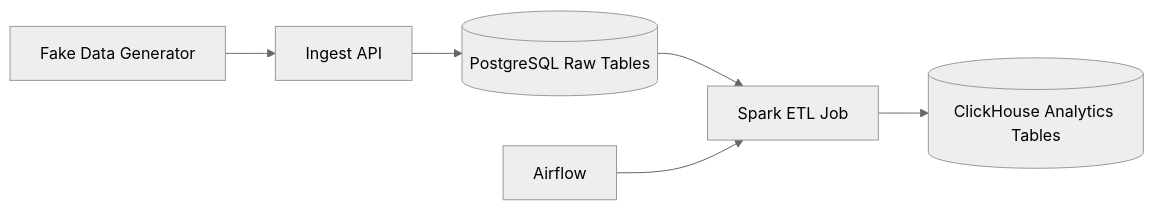
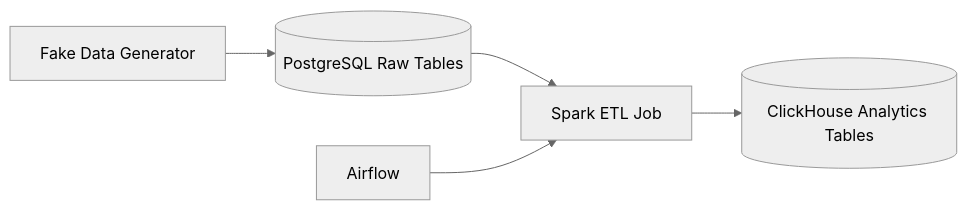
The diagram in README.md (Danavira/batch-etl), drawn with Mermaid (neutral theme) before and after one commit. The commit also changed other lines of this file, not shown here.

````diff
--- a/README.md
+++ b/README.md
@@ -14,8 +14,7 @@
 ```mermaid
 flowchart LR
-    G[Fake Data Generator] --> A[Ingest API]
-    A --> P[(PostgreSQL Raw Tables)]
+    G[Fake Data Generator] --> P[(PostgreSQL Raw Tables)]
     P --> S[Spark ETL Job]
     S --> C[(ClickHouse Analytics Tables)]
     AF[Airflow] --> S
 ```
````
